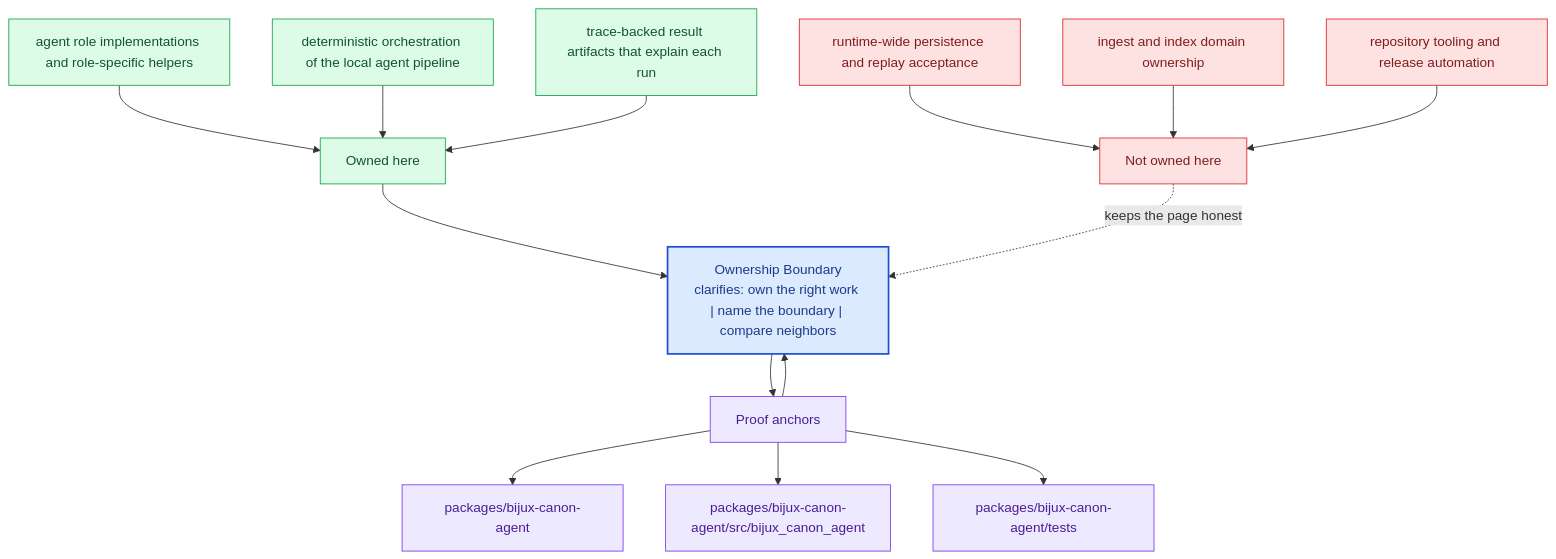
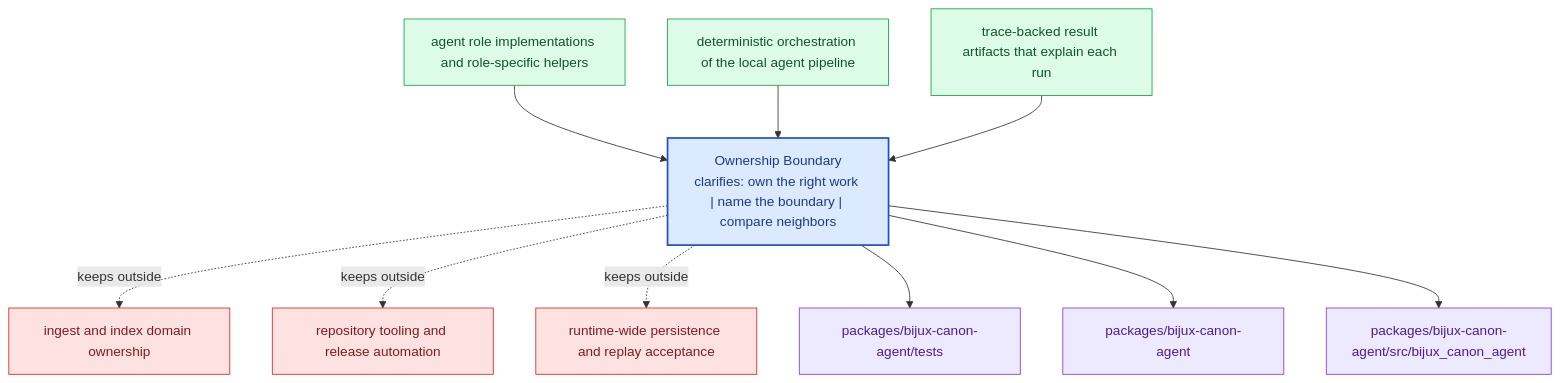
One commit to bijux/bijux-canon changed the diagram in docs/bijux-canon-agent/foundation/ownership-boundary.md. Above: the diagram before and after it, drawn with Mermaid. The commit also changed other lines of this file and 281 other files, not shown here.

Commit message:
docs(diagrams): replace repeated mermaid scaffolds with page-specific summaries

````diff
--- a/docs/bijux-canon-agent/foundation/ownership-boundary.md
+++ b/docs/bijux-canon-agent/foundation/ownership-boundary.md
@@ -68,40 +23,31 @@
 ```mermaid
 flowchart TB
-    promise["Ownership Boundary<br/>clarifies: own the right work | name the boundary | compare neighbors"]
-    classDef promise fill:#dbeafe,stroke:#1d4ed8,color:#1e3a8a,stroke-width:2px;
-    classDef driver fill:#dcfce7,stroke:#16a34a,color:#14532d;
-    classDef constraint fill:#fee2e2,stroke:#dc2626,color:#7f1d1d;
-    classDef ground fill:#ede9fe,stroke:#7c3aed,color:#4c1d95;
-    focus1["Owned here"]
-    focus1 --> promise
-    focus1_1["agent role implementations and role-specific helpers"]
-    focus1_1 --> focus1
-    focus1_2["deterministic orchestration of the local agent pipeline"]
-    focus1_2 --> focus1
-    focus1_3["trace-backed result artifacts that explain each run"]
-    focus1_3 --> focus1
-    class focus1 driver;
-    class focus1_1,focus1_2,focus1_3 driver;
-    focus2["Not owned here"]
-    focus2 -.keeps the page honest.-> promise
-    focus2_1["runtime-wide persistence and replay acceptance"]
-    focus2_1 --> focus2
-    focus2_2["ingest and index domain ownership"]
-    focus2_2 --> focus2
-    focus2_3["repository tooling and release automation"]
-    focus2_3 --> focus2
-    class focus2 constraint;
-    class focus2_1,focus2_2,focus2_3 constraint;
-    focus3["Proof anchors"]
-    focus3 --> promise
-    promise --> focus3
-    focus3_1["packages/bijux-canon-agent"]
-    focus3 --> focus3_1
-    focus3_2["packages/bijux-canon-agent/src/bijux_canon_agent"]
-    focus3 --> focus3_2
-    focus3_3["packages/bijux-canon-agent/tests"]
-    focus3 --> focus3_3
-    class focus3 ground;
-    class focus3_1,focus3_2,focus3_3 ground;
-    class promise promise;
+    page["Ownership Boundary<br/>clarifies: own the right work | name the boundary | compare neighbors"]
+    classDef page fill:#dbeafe,stroke:#1d4ed8,color:#1e3a8a,stroke-width:2px;
+    classDef positive fill:#dcfce7,stroke:#16a34a,color:#14532d;
+    classDef caution fill:#fee2e2,stroke:#dc2626,color:#7f1d1d;
+    classDef anchor fill:#ede9fe,stroke:#7c3aed,color:#4c1d95;
+    classDef action fill:#fef3c7,stroke:#d97706,color:#7c2d12;
+    own1["agent role implementations and role-specific helpers"]
+    own1 --> page
+    own2["deterministic orchestration of the local agent pipeline"]
+    own2 --> page
+    own3["trace-backed result artifacts that explain each run"]
+    own3 --> page
+    limit1["ingest and index domain ownership"]
+    page -.keeps outside.-> limit1
+    limit2["repository tooling and release automation"]
+    page -.keeps outside.-> limit2
+    limit3["runtime-wide persistence and replay acceptance"]
+    page -.keeps outside.-> limit3
+    anchor1["packages/bijux-canon-agent/tests"]
+    page --> anchor1
+    anchor2["packages/bijux-canon-agent"]
+    page --> anchor2
+    anchor3["packages/bijux-canon-agent/src/bijux_canon_agent"]
+    page --> anchor3
+    class page page;
+    class own1,own2,own3 positive;
+    class limit1,limit2,limit3 caution;
+    class anchor1,anchor2,anchor3 anchor;
 ```
````
